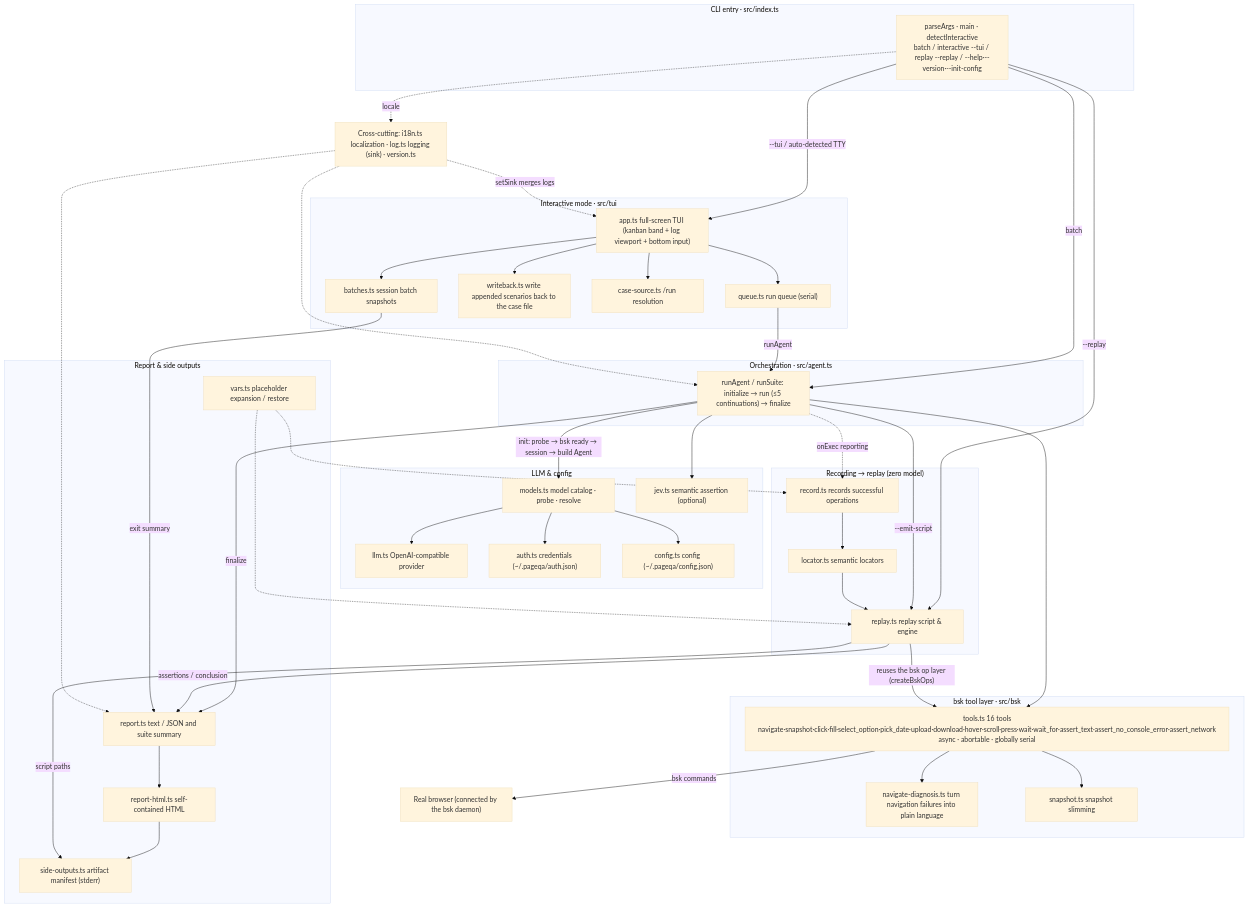
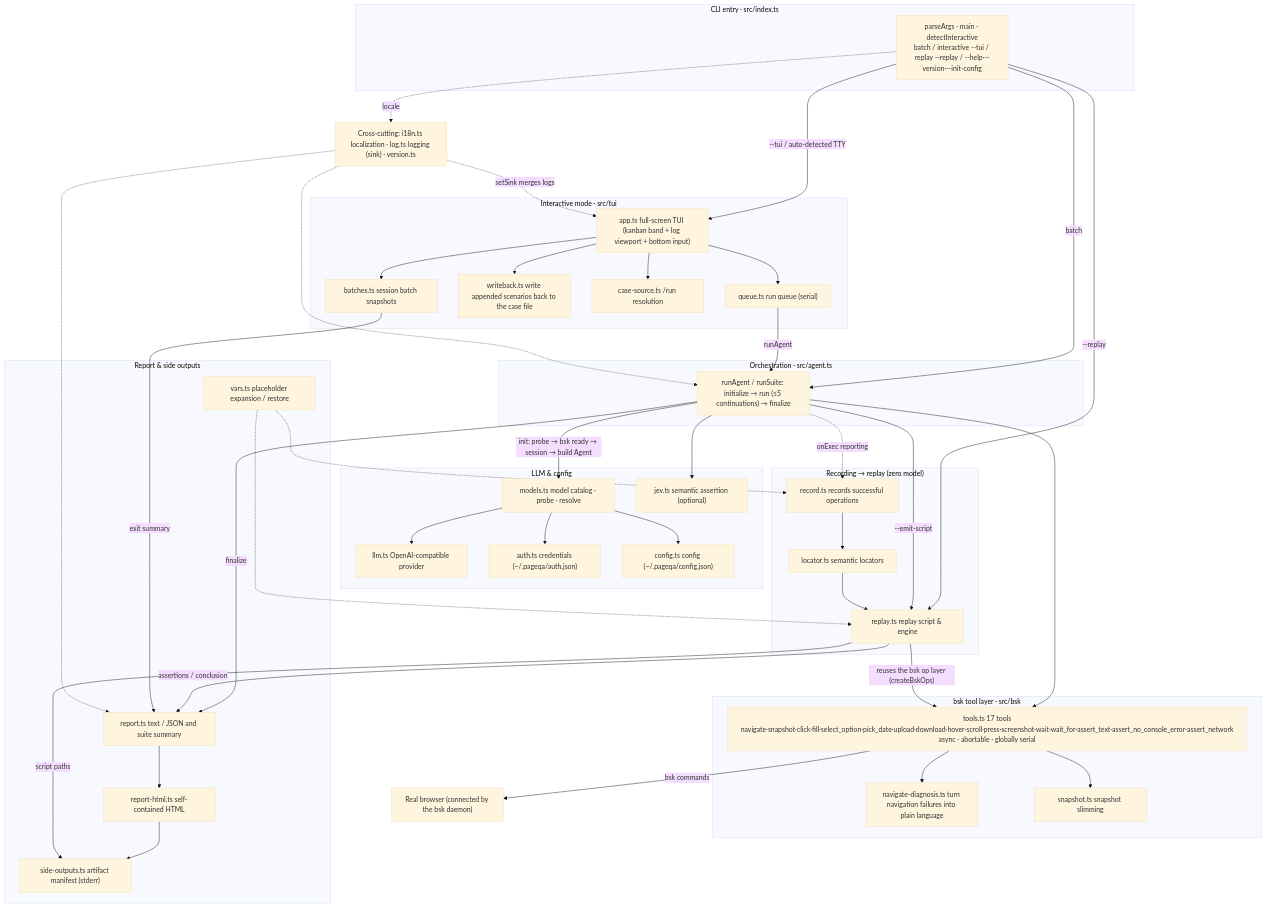
Before and after one commit to klren0312/pageqa: the diagram in README.md, drawn with Mermaid (base theme). The commit also changed other lines of this file and 15 other files, not shown here.

First line of the commit message:
feat(screenshot): 截图工具、场景自动截图与 HTML 报告嵌图

```diff
--- a/README.md
+++ b/README.md
@@ -257,7 +257,7 @@
   end
 
   subgraph BSK["bsk tool layer · src/bsk"]
-    TOOLS["tools.ts 16 tools<br/>navigate·snapshot·click·fill·select_option·pick_date·upload·download·hover·scroll·press·wait·wait_for·assert_text·assert_no_console_error·assert_network<br/>async · abortable · globally serial"]
+    TOOLS["tools.ts 17 tools<br/>navigate·snapshot·click·fill·select_option·pick_date·upload·download·hover·scroll·press·screenshot·wait·wait_for·assert_text·assert_no_console_error·assert_network<br/>async · abortable · globally serial"]
     DIAG["navigate-diagnosis.ts turn navigation failures into plain language"]
     SNAP["snapshot.ts snapshot slimming"]
   end
```
